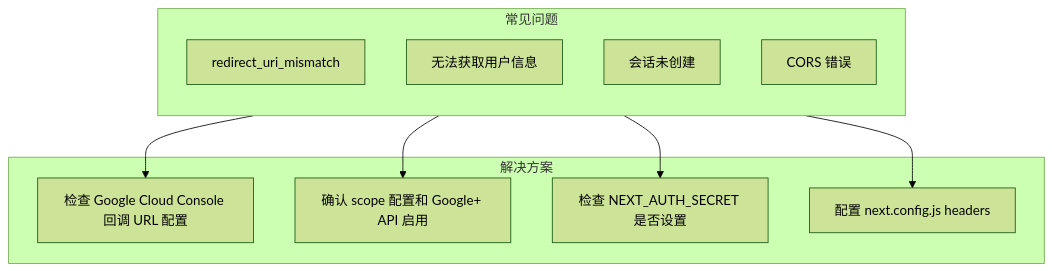
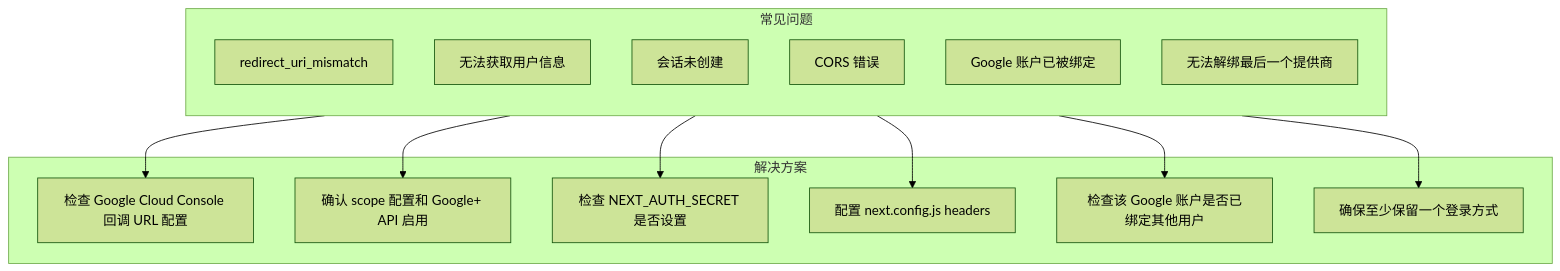
Diagram 20 of 20 in docs/google登录技术方案.md (RudolphHuang/openclaw_doc), drawn with Mermaid (forest theme) before and after one commit. The commit also changed other lines of this file, not shown here.

````diff
--- a/docs/google登录技术方案.md
+++ b/docs/google登录技术方案.md
@@ -524,23 +825,29 @@
 ```mermaid
 flowchart TB
     subgraph Issues["常见问题"]
         direction TB
         
         I1["redirect_uri_mismatch"]
         I2["无法获取用户信息"]
         I3["会话未创建"]
         I4["CORS 错误"]
+        I5["Google 账户已被绑定"]
+        I6["无法解绑最后一个提供商"]
     end
 
     subgraph Solutions["解决方案"]
         S1["检查 Google Cloud Console 回调 URL 配置"]
         S2["确认 scope 配置和 Google+ API 启用"]
         S3["检查 NEXT_AUTH_SECRET 是否设置"]
         S4["配置 next.config.js headers"]
+        S5["检查该 Google 账户是否已绑定其他用户"]
+        S6["确保至少保留一个登录方式"]
     end
 
     I1 --> S1
     I2 --> S2
     I3 --> S3
     I4 --> S4
+    I5 --> S5
+    I6 --> S6
 ```
````
